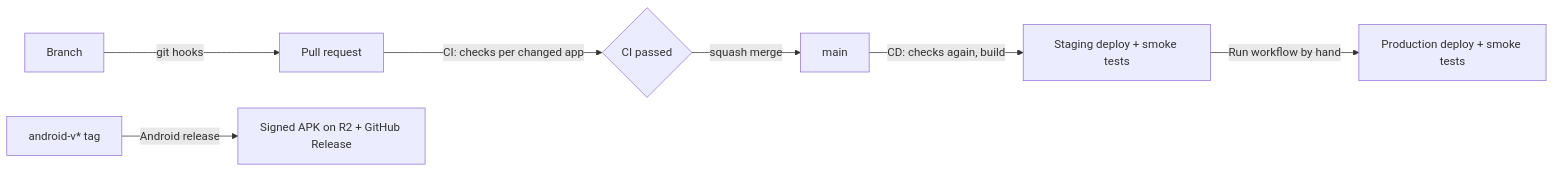
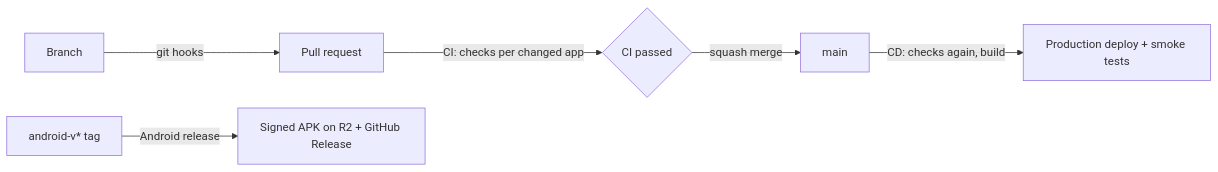
Before and after one commit to anas-irf/khandani-rishta: the diagram in docs/ci-cd.md, drawn with Mermaid. The commit also changed other lines of this file and 13 other files, not shown here.

````diff
--- a/docs/ci-cd.md
+++ b/docs/ci-cd.md
@@ -8,9 +8,8 @@
 ```mermaid
 flowchart LR
     B[Branch] -->|git hooks| P[Pull request]
     P -->|CI: checks per changed app| G{CI passed}
     G -->|squash merge| M[main]
-    M -->|CD: checks again, build| S[Staging deploy + smoke tests]
-    S -->|Run workflow by hand| PR[Production deploy + smoke tests]
+    M -->|CD: checks again, build| PR[Production deploy + smoke tests]
     T[android-v* tag] -->|Android release| R[Signed APK on R2 + GitHub Release]
 ```
````
